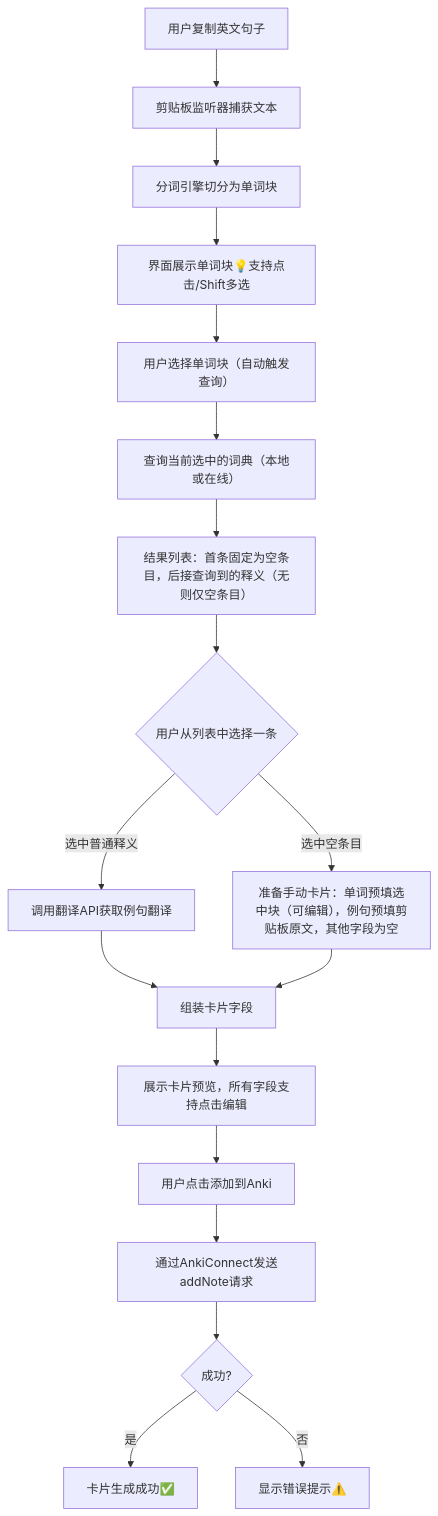
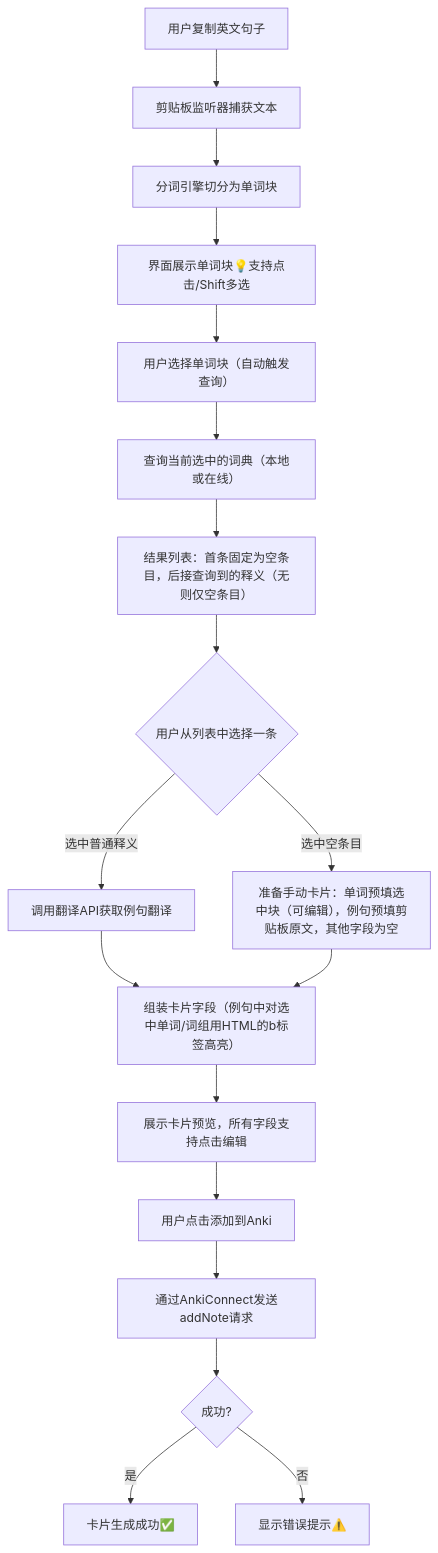
One commit to Sticky-Finger/ankihelper-pc changed the diagram in README.md. Above: the diagram before and after it, drawn with Mermaid. The commit also changed other lines of this file, not shown here.

Commit message:
docs: modify chart of main flow in the README.md

````diff
--- a/README.md
+++ b/README.md
@@ -24,20 +24,20 @@
 ```mermaid
 flowchart TD
     A[用户复制英文句子] --> B[剪贴板监听器捕获文本]
     B --> C[分词引擎切分为单词块]
     C --> D[界面展示单词块💡支持点击/Shift多选]
     D --> E[用户选择单词块（自动触发查询）]
     E --> F[查询当前选中的词典（本地或在线）]
     F --> G[结果列表：首条固定为空条目，后接查询到的释义（无则仅空条目）]
     G --> H{用户从列表中选择一条}
     H -->|选中普通释义| I[调用翻译API获取例句翻译]
-    I --> J[组装卡片字段]
+    I --> J[组装卡片字段（例句中对选中单词/词组用HTML的b标签高亮）]
     H -->|选中空条目| K[准备手动卡片：单词预填选中块（可编辑），例句预填剪贴板原文，其他字段为空]
     K --> J
     J --> L[展示卡片预览，所有字段支持点击编辑]
     L --> M[用户点击添加到Anki]
     M --> N[通过AnkiConnect发送addNote请求]
     N --> O{成功?}
     O -->|是| P[卡片生成成功✅]
     O -->|否| Q[显示错误提示⚠️]
 ```
````
